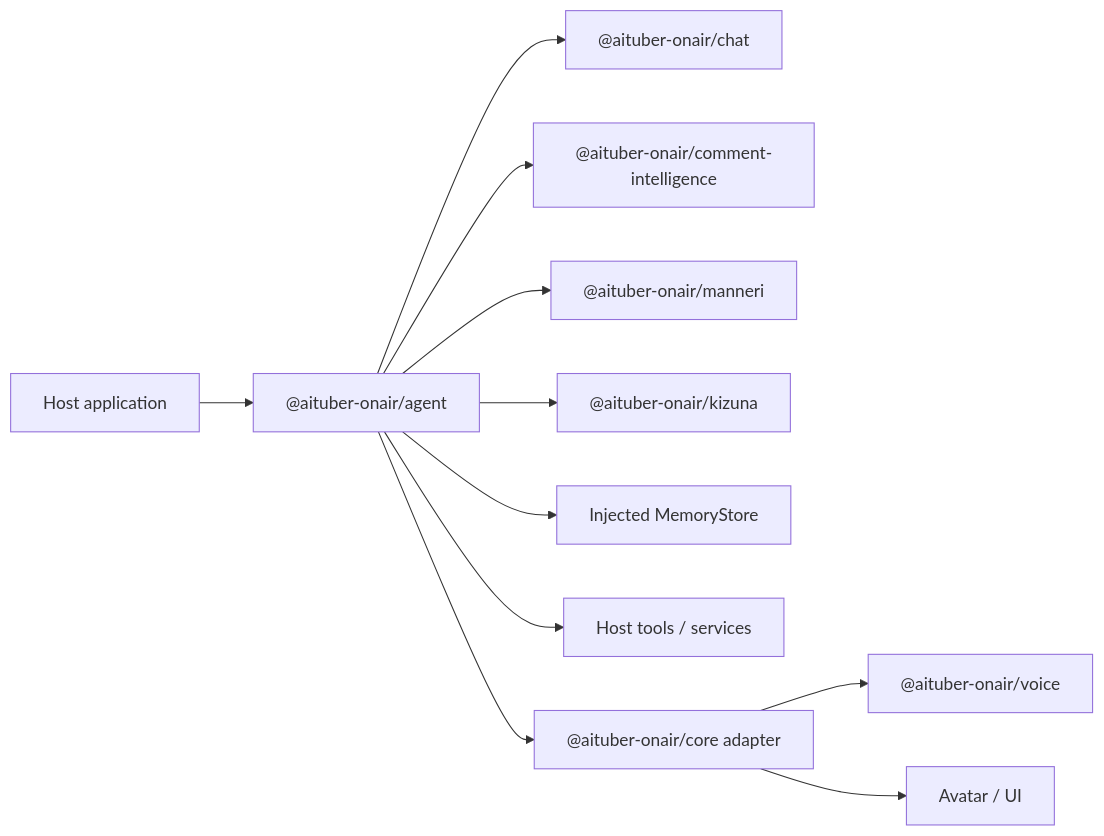
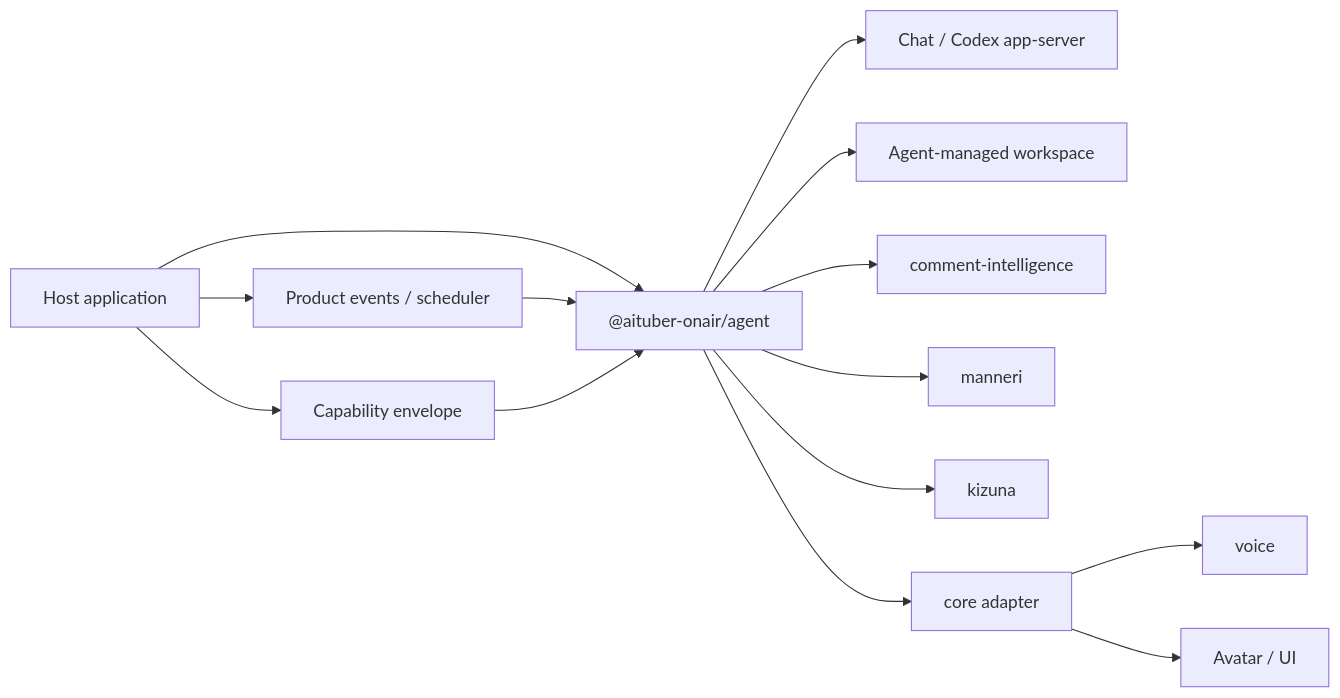
Before and after one commit to shinshin86/aituber-onair: the diagram in packages/agent/README.md, drawn with Mermaid. The commit also changed other lines of this file and 12 other files, not shown here.

````diff
--- a/packages/agent/README.md
+++ b/packages/agent/README.md
@@ -99,13 +155,16 @@
 ```mermaid
 flowchart LR
     Host["Host application"] --> Agent["@aituber-onair/agent"]
-    Agent --> Chat["@aituber-onair/chat"]
-    Agent --> CI["@aituber-onair/comment-intelligence"]
-    Agent --> Manneri["@aituber-onair/manneri"]
-    Agent --> Kizuna["@aituber-onair/kizuna"]
-    Agent --> Memory["Injected MemoryStore"]
-    Agent --> Tools["Host tools / services"]
-    Agent --> Core["@aituber-onair/core adapter"]
-    Core --> Voice["@aituber-onair/voice"]
+    Host --> Events["Product events / scheduler"]
+    Events --> Agent
+    Host --> Envelope["Capability envelope"]
+    Envelope --> Agent
+    Agent --> Backend["Chat / Codex app-server"]
+    Agent --> Workspace["Agent-managed workspace"]
+    Agent --> CI["comment-intelligence"]
+    Agent --> Manneri["manneri"]
+    Agent --> Kizuna["kizuna"]
+    Agent --> Core["core adapter"]
+    Core --> Voice["voice"]
     Core --> Avatar["Avatar / UI"]
 ```
````
